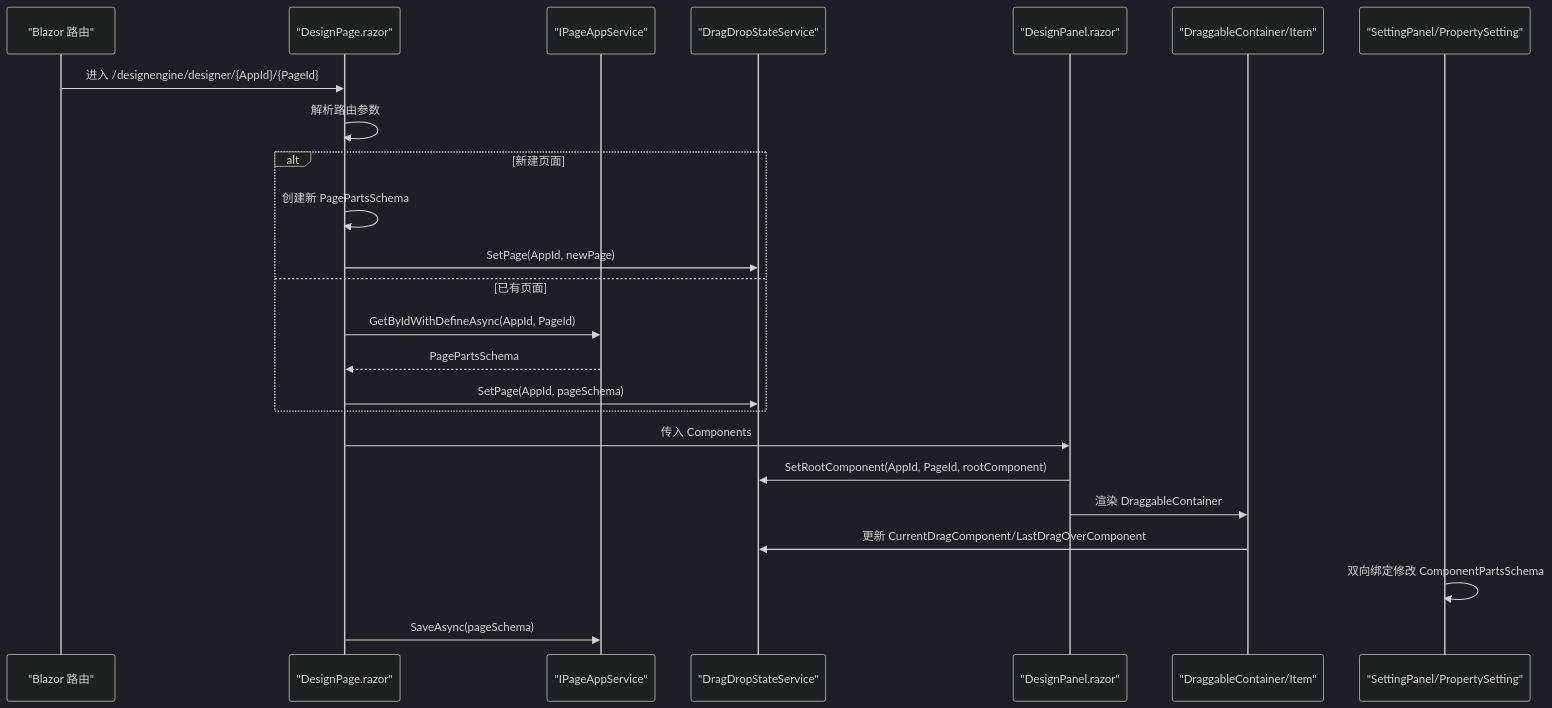
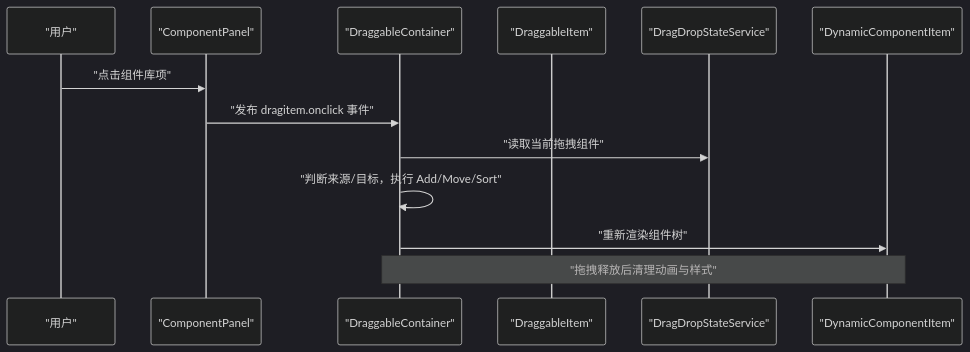
The second of 5 diagrams in .qoder/repowiki/zh/content/低代码平台/设计引擎/页面设计器.md (openlowcodelab/lowcode), drawn with Mermaid (dark theme) before and after one commit. The commit also changed other lines of this file and 223 other files, not shown here.

````diff
--- a/.qoder/repowiki/zh/content/低代码平台/设计引擎/页面设计器.md
+++ b/.qoder/repowiki/zh/content/低代码平台/设计引擎/页面设计器.md
@@ -128,27 +104,16 @@
 ```mermaid
 sequenceDiagram
-    participant Router as "Blazor 路由"
-    participant Page as "DesignPage.razor"
-    participant Service as "IPageAppService"
+    participant User as "用户"
+    participant Panel as "ComponentPanel"
+    participant Container as "DraggableContainer"
+    participant Item as "DraggableItem"
     participant State as "DragDropStateService"
-    participant Panel as "DesignPanel.razor"
-    participant Canvas as "DraggableContainer/Item"
-    participant Setter as "SettingPanel/PropertySetting"
-
-    Router->>Page: 进入 /designengine/designer/{AppId}/{PageId}
-    Page->>Page: 解析路由参数
-    alt 新建页面
-        Page->>Page: 创建新 PagePartsSchema
-        Page->>State: SetPage(AppId, newPage)
-    else 已有页面
-        Page->>Service: GetByIdWithDefineAsync(AppId, PageId)
-        Service-->>Page: PagePartsSchema
-        Page->>State: SetPage(AppId, pageSchema)
-    end
-    Page->>Panel: 传入 Components
-    Panel->>State: SetRootComponent(AppId, PageId, rootComponent)
-    Panel->>Canvas: 渲染 DraggableContainer
-    Canvas->>State: 更新 CurrentDragComponent/LastDragOverComponent
-    Setter->>Setter: 双向绑定修改 ComponentPartsSchema
-    Page->>Service: SaveAsync(pageSchema)
+    participant Render as "DynamicComponentItem"
+    
+    User->>Panel: "点击组件库项"
+    Panel->>Container: "发布 dragitem.onclick 事件"
+    Container->>State: "读取当前拖拽组件"
+    Container->>Container: "判断来源/目标，执行 Add/Move/Sort"
+    Container->>Render: "重新渲染组件树"
+    Note over Container,Render: "拖拽释放后清理动画与样式"
 ```
````
